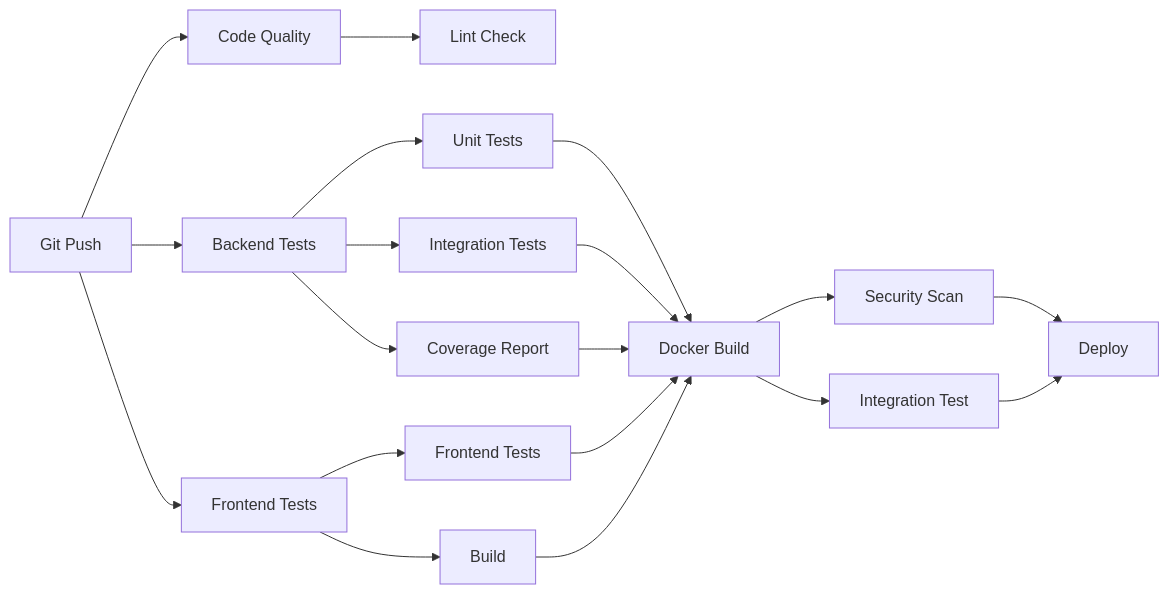
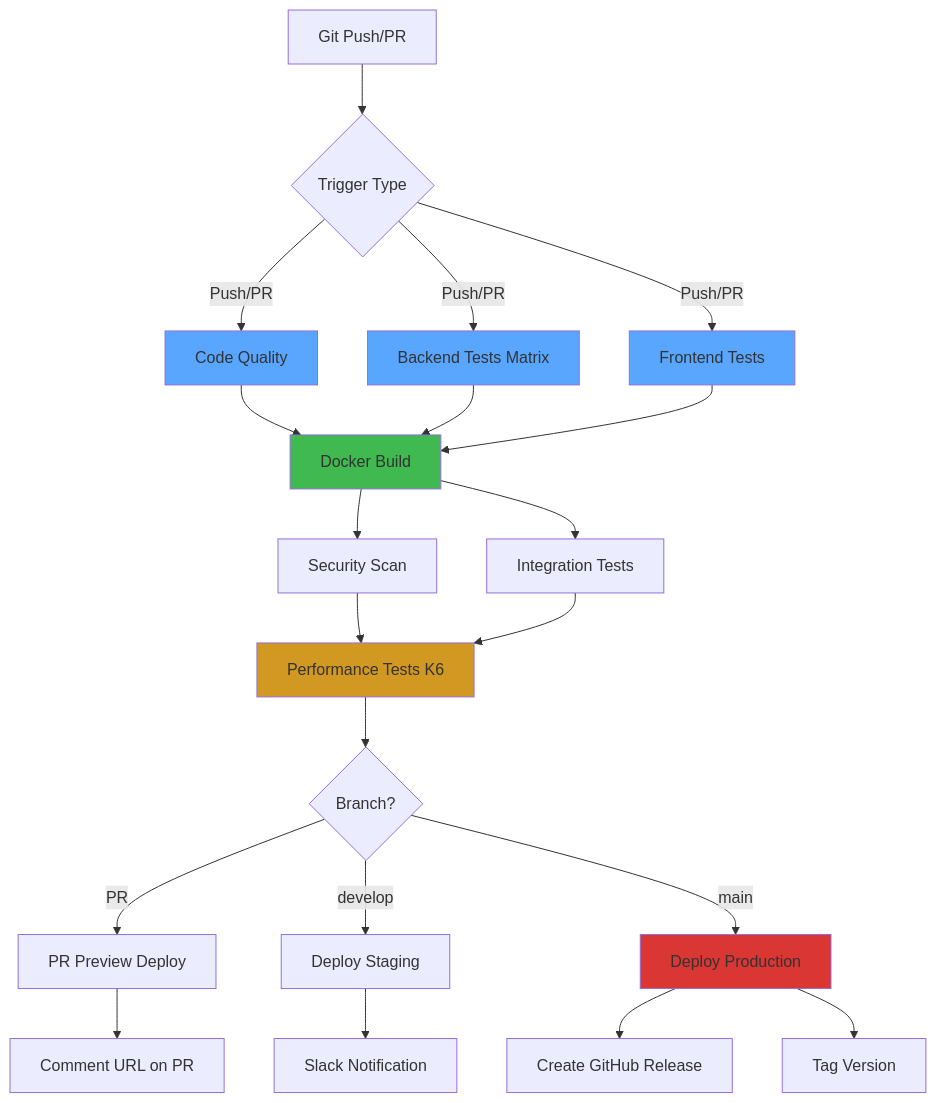
One commit to Piyush64-bit/VENUE changed the fifth of 5 diagrams in ARCHITECTURE.md. Above: the diagram before and after it, drawn with Mermaid. The commit also changed other lines of this file and 4 other files, not shown here.

````diff
--- a/ARCHITECTURE.md
+++ b/ARCHITECTURE.md
@@ -342,26 +342,36 @@
 ```mermaid
-graph LR
-    A[Git Push] --> B[Code Quality]
-    A --> C[Backend Tests]
-    A --> D[Frontend Tests]
+graph TB
+    A[Git Push/PR] --> B{Trigger Type}
     
-    B --> E[Lint Check]
-    C --> F[Unit Tests]
-    C --> G[Integration Tests]
-    C --> H[Coverage Report]
+    B -->|Push/PR| C[Code Quality]
+    B -->|Push/PR| D[Backend Tests Matrix]
+    B -->|Push/PR| E[Frontend Tests]
     
-    D --> I[Frontend Tests]
-    D --> J[Build]
+    C --> F[Docker Build]
+    D --> F
+    E --> F
     
-    F --> K[Docker Build]
-    G --> K
-    H --> K
-    I --> K
-    J --> K
+    F --> G[Security Scan]
+    F --> H[Integration Tests]
     
-    K --> L[Security Scan]
-    K --> M[Integration Test]
+    G --> I[Performance Tests K6]
+    H --> I
     
-    L --> N[Deploy]
-    M --> N
+    I --> J{Branch?}
+    
+    J -->|PR| K[PR Preview Deploy]
+    J -->|develop| L[Deploy Staging]
+    J -->|main| M[Deploy Production]
+    
+    K --> N[Comment URL on PR]
+    L --> O[Slack Notification]
+    M --> P[Create GitHub Release]
+    M --> Q[Tag Version]
+    
+    style C fill:#58a6ff
+    style D fill:#58a6ff
+    style E fill:#58a6ff
+    style F fill:#3fb950
+    style I fill:#d29922
+    style M fill:#da3633
 ```
````
